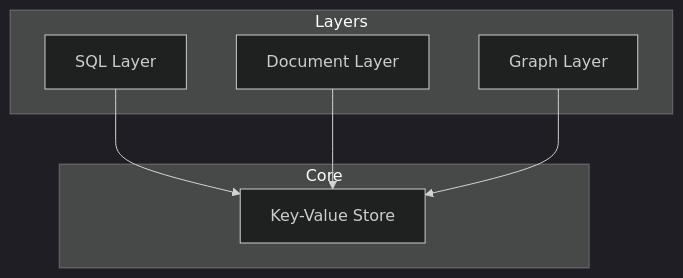
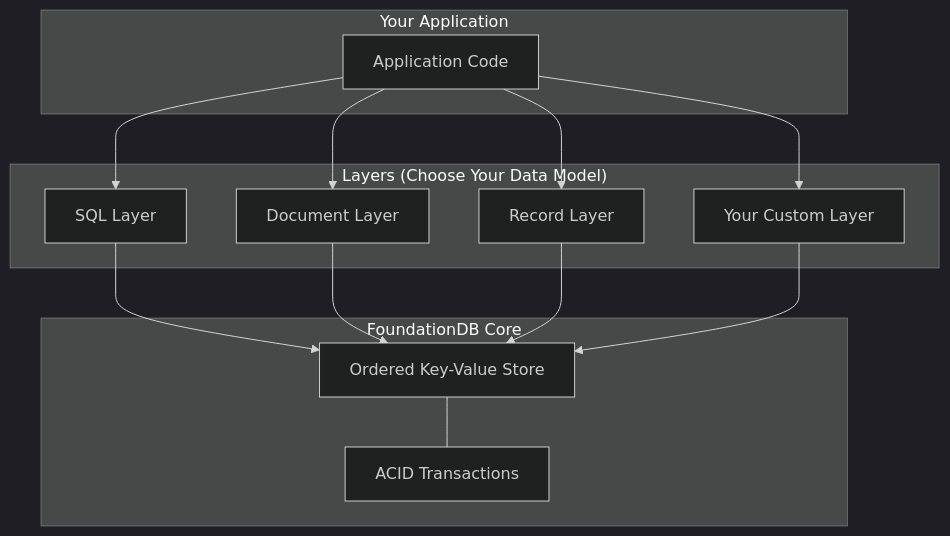
One commit to foundationdb-oss/doc-site changed the diagram in docs/concepts/index.md. Above: the diagram before and after it, drawn with Mermaid (dark theme). The commit also changed other lines of this file and 4 other files, not shown here.

````diff
--- a/docs/concepts/index.md
+++ b/docs/concepts/index.md
@@ -61,14 +61,19 @@
 ```mermaid
 graph TB
-    subgraph Layers
+    subgraph "Your Application"
+        App[Application Code]
+    end
+    subgraph "Layers (Choose Your Data Model)"
         SQL[SQL Layer]
         Doc[Document Layer]
-        Graph[Graph Layer]
+        Record[Record Layer]
+        Custom[Your Custom Layer]
     end
-    subgraph Core
-        KV[Key-Value Store]
+    subgraph "FoundationDB Core"
+        KV[Ordered Key-Value Store]
+        ACID[ACID Transactions]
     end
-    SQL --> KV
-    Doc --> KV
-    Graph --> KV
+    App --> SQL & Doc & Record & Custom
+    SQL & Doc & Record & Custom --> KV
+    KV --- ACID
 ```
````
